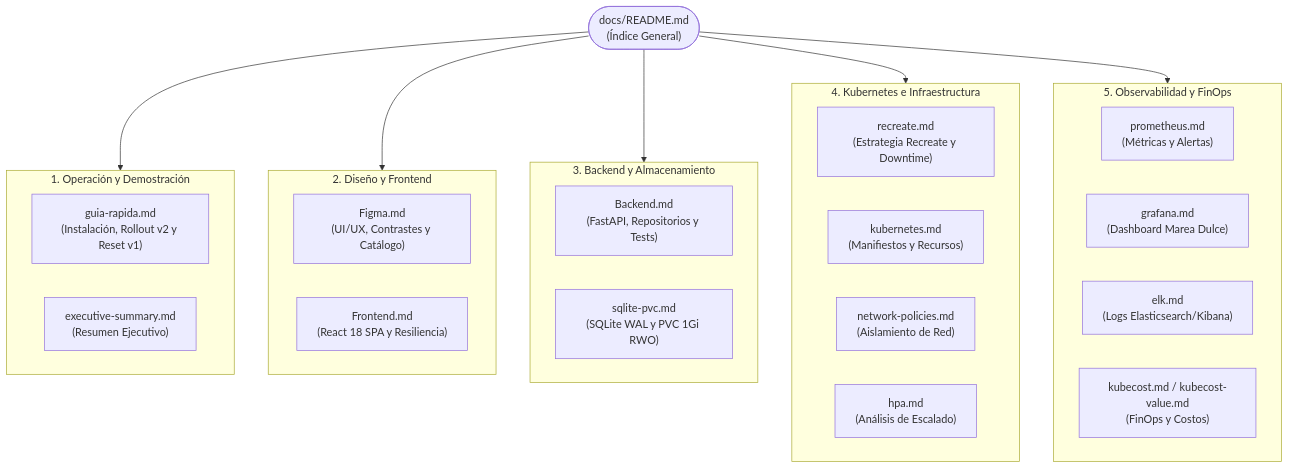
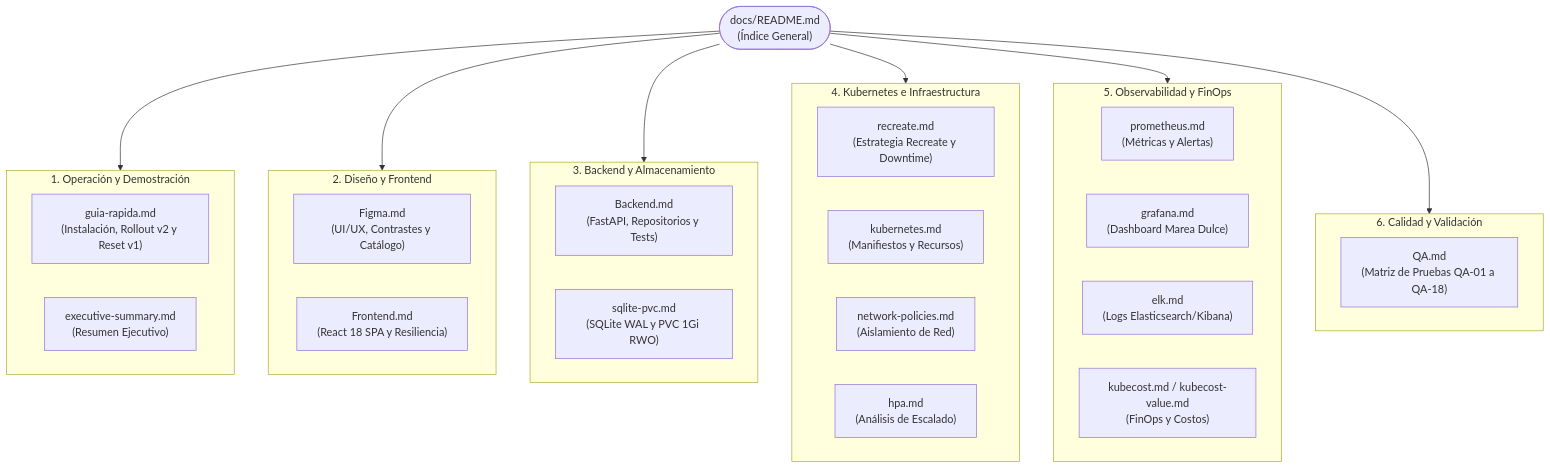
One commit to Esteban-GV/MareaDulce_Recreate changed the diagram in docs/README.md. Above: the diagram before and after it, drawn with Mermaid. The commit also changed other lines of this file and 3 other files, not shown here.

````diff
--- a/docs/README.md
+++ b/docs/README.md
@@ -124,39 +132,44 @@
 ```mermaid
 flowchart TD
     Index(["docs/README.md\n(Índice General)"])
 
     subgraph Operacion["1. Operación y Demostración"]
         GR["guia-rapida.md\n(Instalación, Rollout v2 y Reset v1)"]
         EXEC["executive-summary.md\n(Resumen Ejecutivo)"]
     end
 
     subgraph DisenoFrontend["2. Diseño y Frontend"]
         FIG["Figma.md\n(UI/UX, Contrastes y Catálogo)"]
         FRONT["Frontend.md\n(React 18 SPA y Resiliencia)"]
     end
 
     subgraph BackendDatos["3. Backend y Almacenamiento"]
         BACK["Backend.md\n(FastAPI, Repositorios y Tests)"]
         SQL["sqlite-pvc.md\n(SQLite WAL y PVC 1Gi RWO)"]
     end
 
     subgraph InfraRecreate["4. Kubernetes e Infraestructura"]
         REC["recreate.md\n(Estrategia Recreate y Downtime)"]
         K8S["kubernetes.md\n(Manifiestos y Recursos)"]
         NET["network-policies.md\n(Aislamiento de Red)"]
         HPA["hpa.md\n(Análisis de Escalado)"]
     end
 
     subgraph ObsFinOps["5. Observabilidad y FinOps"]
         PROM["prometheus.md\n(Métricas y Alertas)"]
         GRAF["grafana.md\n(Dashboard Marea Dulce)"]
         ELK["elk.md\n(Logs Elasticsearch/Kibana)"]
         KC["kubecost.md / kubecost-value.md\n(FinOps y Costos)"]
     end
 
+    subgraph CalidadQA["6. Calidad y Validación"]
+        QA["QA.md\n(Matriz de Pruebas QA-01 a QA-18)"]
+    end
+
     Index --> Operacion
     Index --> DisenoFrontend
     Index --> BackendDatos
     Index --> InfraRecreate
     Index --> ObsFinOps
+    Index --> CalidadQA
 ```
````
